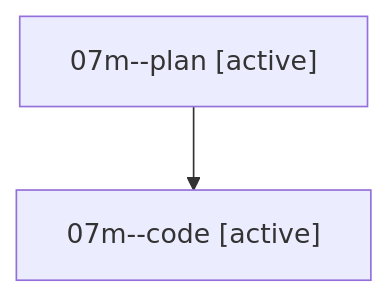
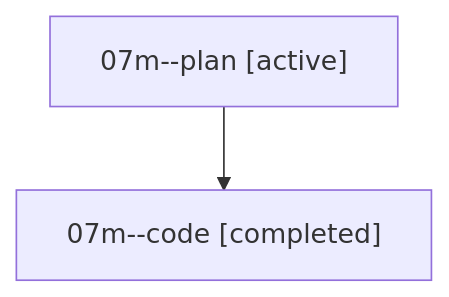
One commit to bobs-org/bob-cli--agents changed the diagram in sessions/bbugyi200.athena.07m.md. Above: the diagram before and after it, drawn with Mermaid. The commit also changed other lines of this file and 11 other files, not shown here.

````diff
--- a/sessions/bbugyi200.athena.07m.md
+++ b/sessions/bbugyi200.athena.07m.md
@@ -9,6 +9,6 @@
 ```mermaid
 flowchart TD
   n0["07m--plan [active]"]
-  n1["07m--code [active]"]
+  n1["07m--code [completed]"]
   n0 --> n1
 ```
````
